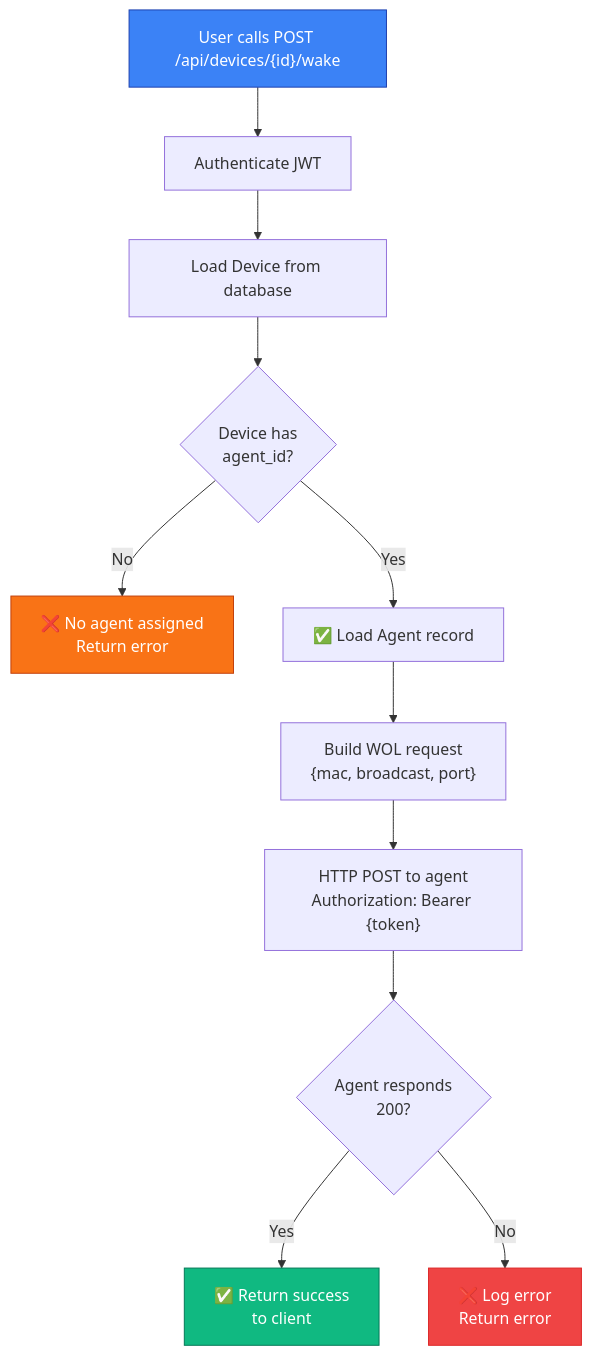
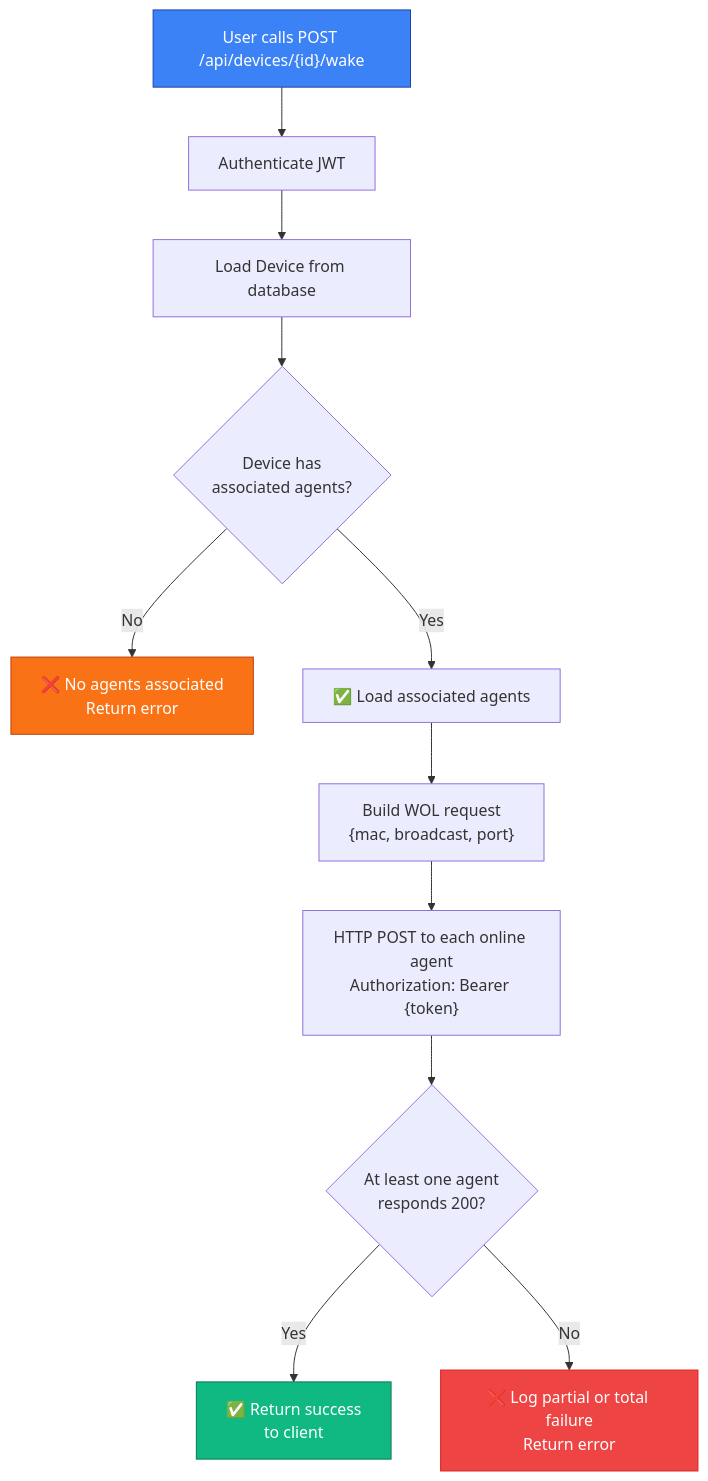
The third of 3 diagrams in docs/docs/architecture/backend.md (kotsiossp97/powerbeacon), drawn with Mermaid before and after one commit. The commit also changed other lines of this file and 49 other files, not shown here.

````diff
--- a/docs/docs/architecture/backend.md
+++ b/docs/docs/architecture/backend.md
@@ -269,30 +296,30 @@
 ```mermaid
 flowchart TD
     Start["User calls POST /api/devices/{id}/wake"]
     Auth["Authenticate JWT"]
     Load["Load Device from database"]
-    Check{"Device has<br/>agent_id?"}
-    NotFound["❌ No agent assigned<br/>Return error"]
-    Found["✅ Load Agent record"]
+    Check{"Device has<br/>associated agents?"}
+    NotFound["❌ No agents associated<br/>Return error"]
+    Found["✅ Load associated agents"]
     Build["Build WOL request<br/>{mac, broadcast, port}"]
-    Dispatch["HTTP POST to agent<br/>Authorization: Bearer {token}"]
-    AgentCheck{"Agent responds<br/>200?"}
+    Dispatch["HTTP POST to each online agent<br/>Authorization: Bearer {token}"]
+    AgentCheck{"At least one agent<br/>responds 200?"}
     Success["✅ Return success<br/>to client"]
-    Failure["❌ Log error<br/>Return error"]
+    Failure["❌ Log partial or total failure<br/>Return error"]
     
     Start --> Auth
     Auth --> Load
     Load --> Check
     Check -->|No| NotFound
     Check -->|Yes| Found
     Found --> Build
     Build --> Dispatch
     Dispatch --> AgentCheck
     AgentCheck -->|Yes| Success
     AgentCheck -->|No| Failure
     
     style Start fill:#3b82f6,stroke:#1e40af,color:#fff
     style Success fill:#10b981,stroke:#047857,color:#fff
     style Failure fill:#ef4444,stroke:#dc2626,color:#fff
     style NotFound fill:#f97316,stroke:#c2410c,color:#fff
 ```
````
